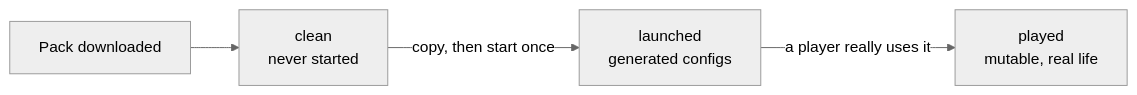
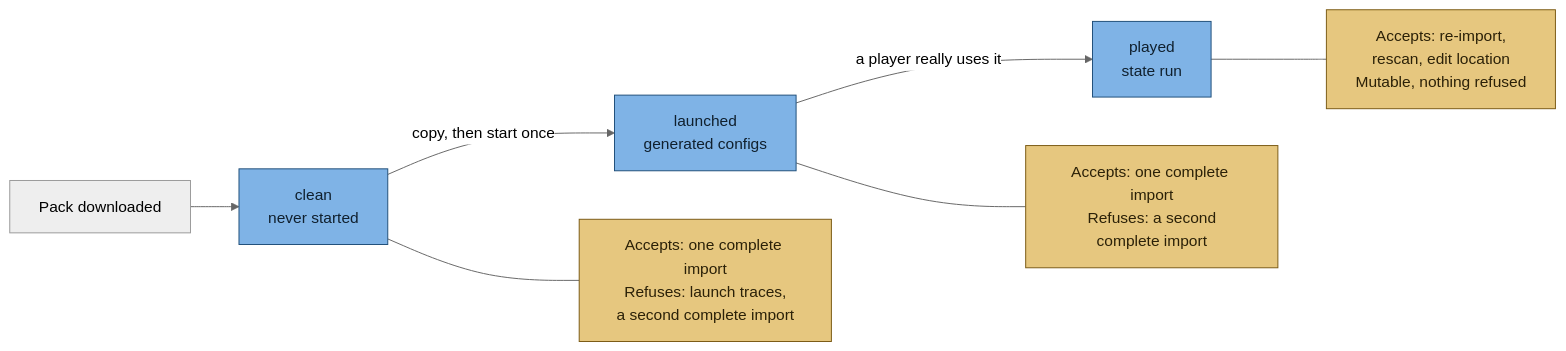
One commit to YannD-Delta/modpack-studio changed the first of 2 diagrams in docs/concepts.md. Above: the diagram before and after it, drawn with Mermaid (neutral theme). The commit also changed other lines of this file and 20 other files, not shown here.

First line of the commit message:
docs: README and docs rewritten with diagrams, animated SVGs and verified facts

````diff
--- a/docs/concepts.md
+++ b/docs/concepts.md
@@ -30,6 +37,13 @@
 ```mermaid
 flowchart LR
   Z["Pack downloaded"] --> CL["clean<br/>never started"]
   CL -->|"copy, then start once"| LA["launched<br/>generated configs"]
-  LA -->|"a player really uses it"| PL["played<br/>mutable, real life"]
+  LA -->|"a player really uses it"| PL["played<br/>state run"]
+  CL --- RC["Accepts: one complete import<br/>Refuses: launch traces,<br/>a second complete import"]
+  LA --- RL["Accepts: one complete import<br/>Refuses: a second<br/>complete import"]
+  PL --- RP["Accepts: re-import,<br/>rescan, edit location<br/>Mutable, nothing refused"]
+  classDef state fill:#7fb3e6,stroke:#1f4e79,color:#10202e
+  classDef rule fill:#e6c77f,stroke:#7a5a14,color:#2b2108
+  class CL,LA,PL state
+  class RC,RL,RP rule
 ```
````
